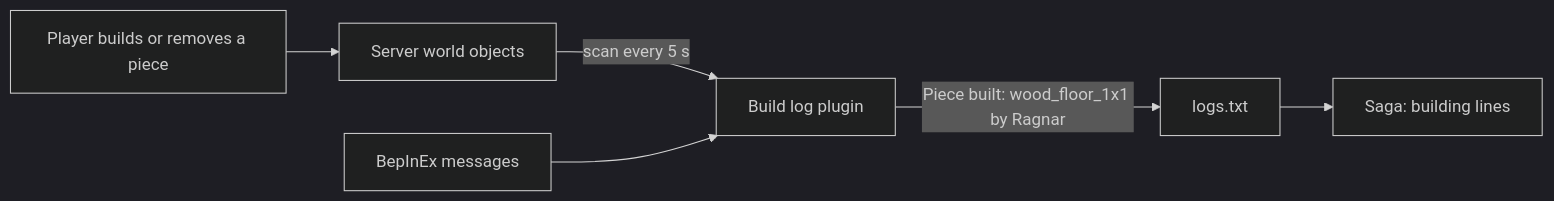
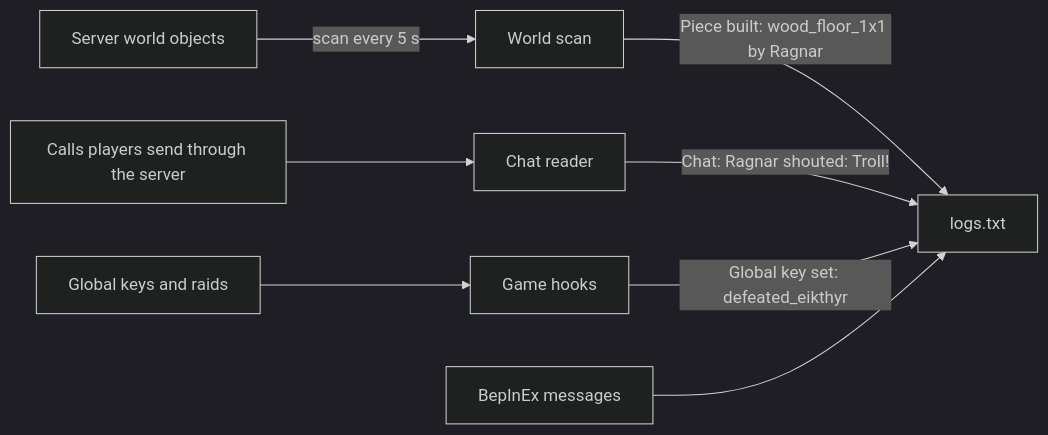
One commit to cristiadu/valheim-dashboard changed the sixth of 8 diagrams in docs/architecture.md. Above: the diagram before and after it, drawn with Mermaid (dark theme). The commit also changed other lines of this file and 1 other file, not shown here.

Commit message:
Describe the event log plugin in the architecture docs

````diff
--- a/docs/architecture.md
+++ b/docs/architecture.md
@@ -111,8 +114,10 @@
 ```mermaid
 flowchart LR
-  build[Player builds or removes a piece] --> world[Server world objects]
-  world -->|scan every 5 s| plugin[Build log plugin]
-  plugin -->|"Piece built: wood_floor_1x1 by Ragnar"| log[logs.txt]
-  bep[BepInEx messages] --> plugin
-  log --> saga[Saga: building lines]
+  world[Server world objects] -->|scan every 5 s| scan[World scan]
+  calls[Calls players send through the server] --> rpc[Chat reader]
+  keys[Global keys and raids] --> hooks[Game hooks]
+  scan -->|"Piece built: wood_floor_1x1 by Ragnar"| log[logs.txt]
+  rpc -->|"Chat: Ragnar shouted: Troll!"| log
+  hooks -->|"Global key set: defeated_eikthyr"| log
+  bep[BepInEx messages] --> log
 ```
````
